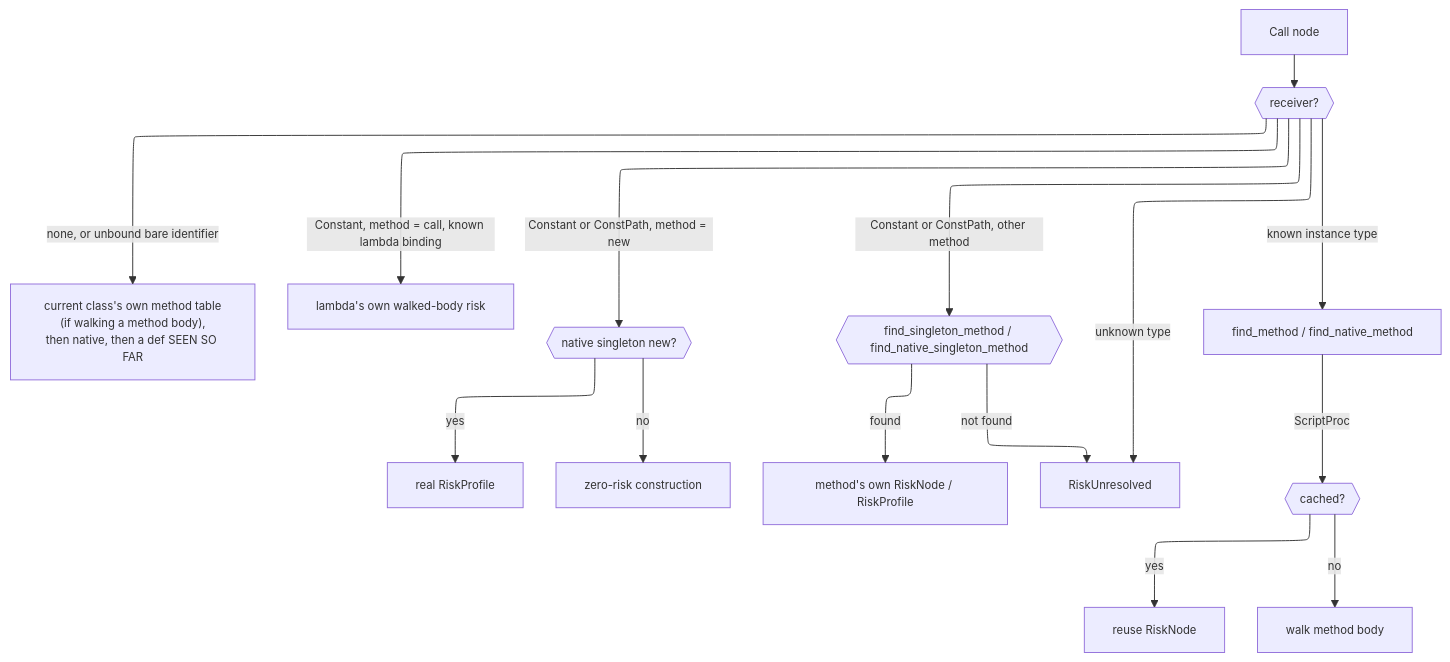
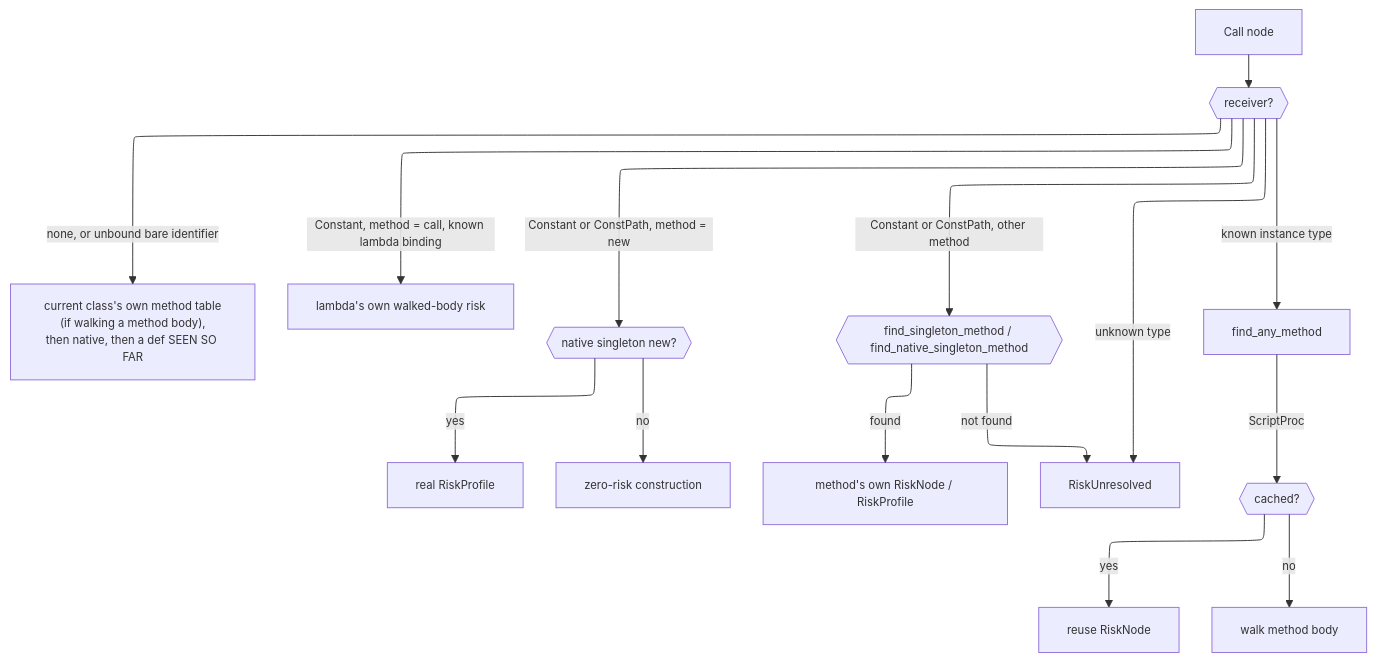
Before and after one commit to ModelArmy/adjutant.cr: diagram 11 of 12 in DEVELOPMENT.md, drawn with Mermaid. The commit also changed other lines of this file and 5 other files, not shown here.

Commit message:
Method lookup: the nearest ancestor's method wins, script or native, in dispatch and the static walker; a native method called on self gets self

````diff
--- a/DEVELOPMENT.md
+++ b/DEVELOPMENT.md
@@ -539,24 +542,24 @@
 ```mermaid
 ---
 displayMode: compact
 config:
   layout: elk
   themeVariables:
     fontSize: 12px
 ---
 flowchart TD
     Call[Call node] --> Recv{{receiver?}}
     Recv -->|none, or unbound bare identifier| GlobalLookup["current class's own method table\n(if walking a method body),\nthen native, then a def SEEN SO FAR"]
     Recv -->|Constant, method = call, known lambda binding| ConstLambda[lambda's own walked-body risk]
     Recv -->|Constant or ConstPath, method = new| Ctor{{native singleton new?}}
     Ctor -->|yes| CtorRisk[real RiskProfile]
     Ctor -->|no| CtorZero[zero-risk construction]
     Recv -->|Constant or ConstPath, other method| SingLookup{{find_singleton_method / find_native_singleton_method}}
     SingLookup -->|found| SingRisk[method's own RiskNode / RiskProfile]
     SingLookup -->|not found| Unresolved
-    Recv -->|known instance type| ClassLookup["find_method / find_native_method"]
+    Recv -->|known instance type| ClassLookup["find_any_method"]
     Recv -->|unknown type| Unresolved[RiskUnresolved]
     ClassLookup -->|ScriptProc| Memo{{cached?}}
     Memo -->|yes| Cached[reuse RiskNode]
     Memo -->|no| WalkBody[walk method body]
 ```
````
